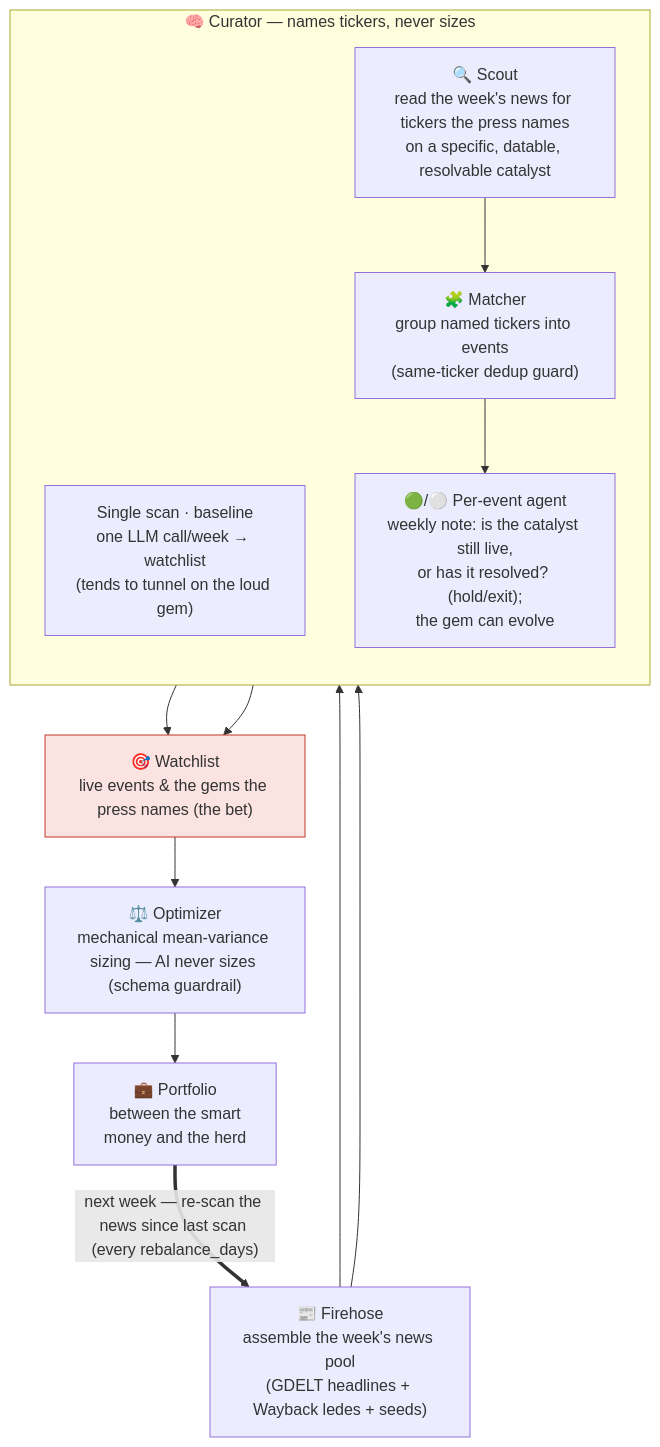
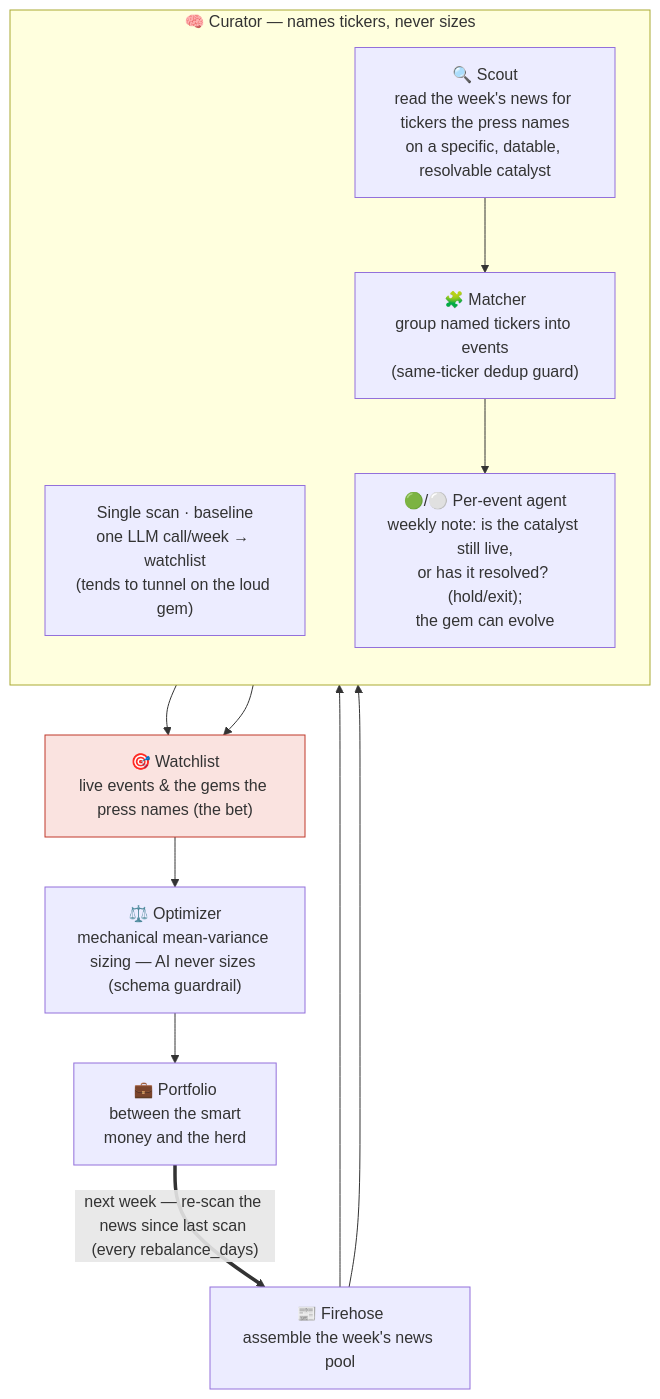
Before and after one commit to joehahn/geo-herd-rider: the diagram in README.md, drawn with Mermaid.

Commit message:
README: trim Firehose diagram node to 'assemble the week's news pool'

````diff
--- a/README.md
+++ b/README.md
@@ -18,27 +18,27 @@
 ```mermaid
 flowchart TD
-    S["📰 Firehose<br/>assemble the week's news pool<br/>(GDELT headlines + Wayback ledes + seeds)"]
+    S["📰 Firehose<br/>assemble the week's news pool"]
 
     subgraph CUR["🧠 Curator — names tickers, never sizes"]
       direction TB
       SS["Single scan · baseline<br/>one LLM call/week → watchlist<br/>(tends to tunnel on the loud gem)"]
       SC["🔍 Scout<br/>read the week's news for tickers the press names<br/>on a specific, datable, resolvable catalyst"]
       MA["🧩 Matcher<br/>group named tickers into events<br/>(same-ticker dedup guard)"]
       AG["🟢/⚪ Per-event agent<br/>weekly note: is the catalyst still live,<br/>or has it resolved? (hold/exit);<br/>the gem can evolve"]
       SC --> MA --> AG
     end
 
     E["🎯 Watchlist<br/>live events & the gems the press names (the bet)"]
     W["⚖️ Optimizer<br/>mechanical mean-variance sizing — AI never sizes (schema guardrail)"]
     B["💼 Portfolio<br/>between the smart<br/>money and the herd"]
 
     S --> SS
     S --> SC
     SS --> E
     AG --> E
     E --> W --> B
     B == "next week — re-scan the news since last scan (every rebalance_days)" ==> S
 
     classDef bet fill:#fae3e0,stroke:#c0392b;
     class E bet
 ```
````
